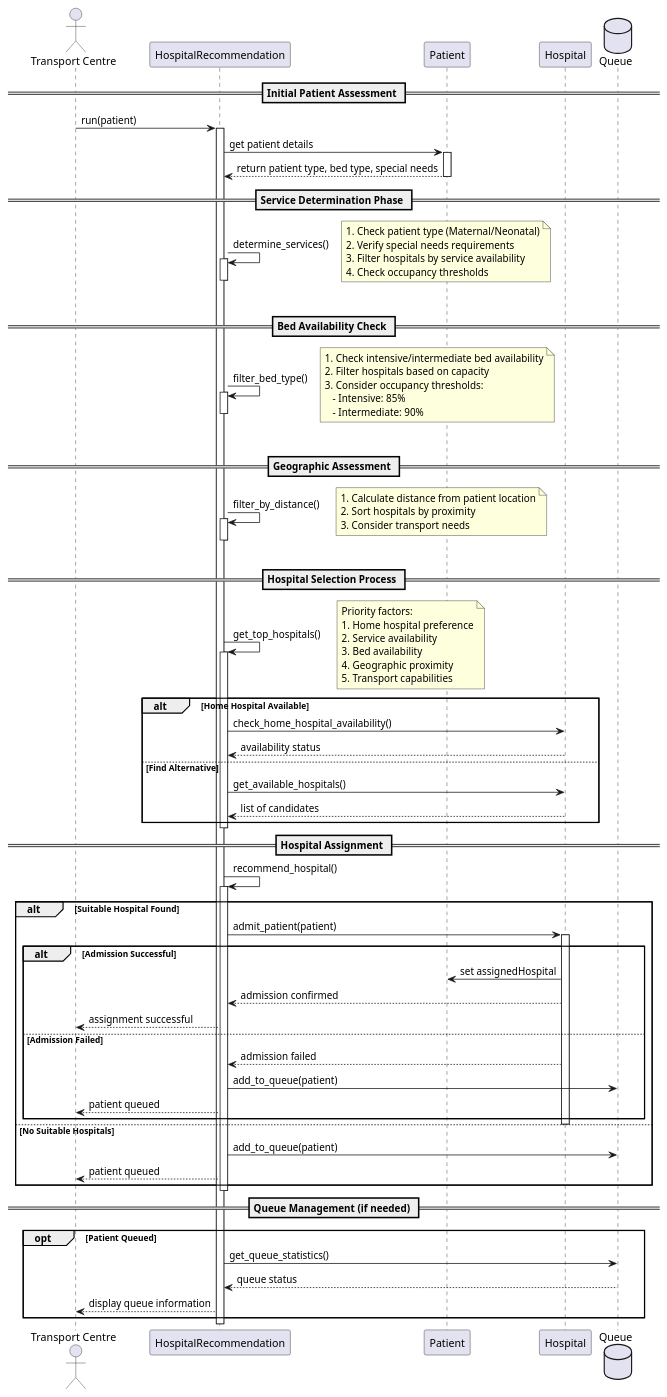
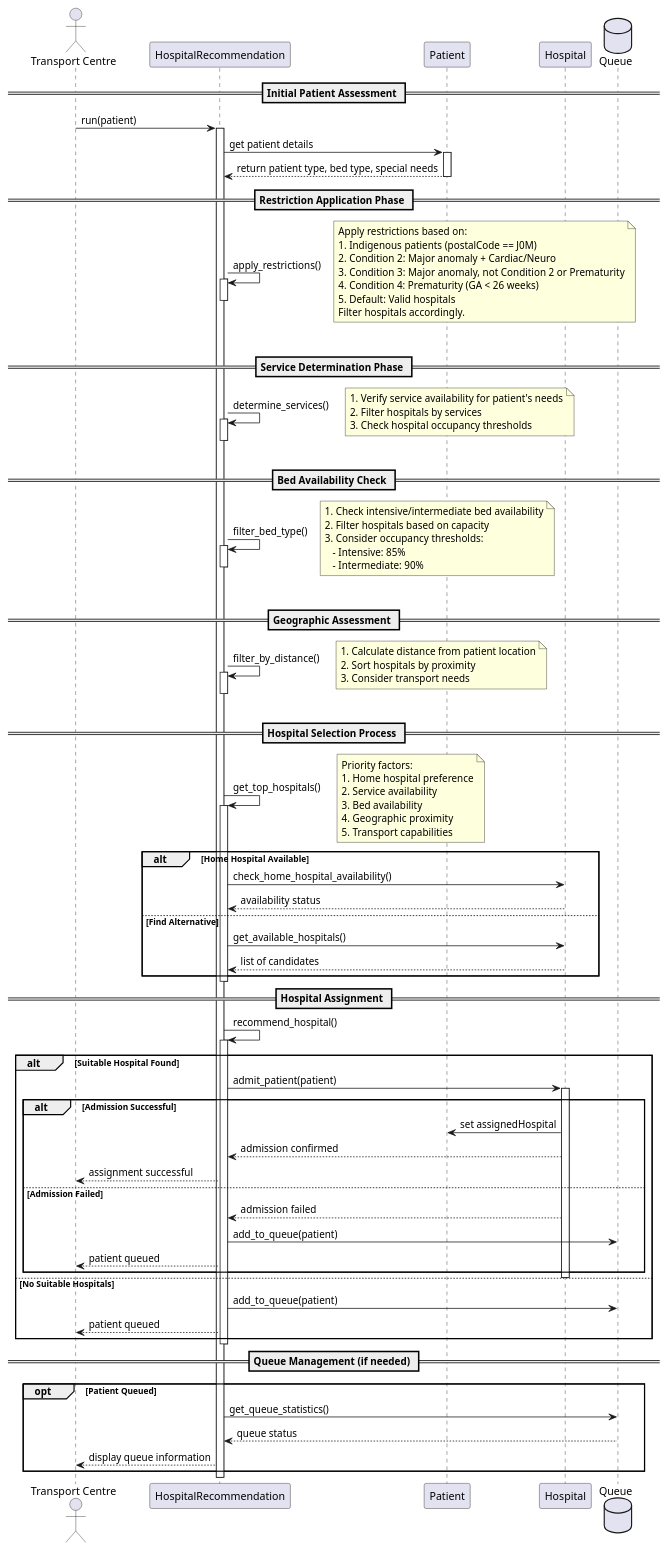
The diagram in Diagrams/Sequence Diagrams/sequence_diagram.puml (bajajku/FindMyBed), drawn with PlantUML before and after one commit. The commit also changed 2 other files, not shown here.

Commit message:
updated sequence diagram to support restriction logic

```diff
--- a/Diagrams/Sequence Diagrams/sequence_diagram.puml
+++ b/Diagrams/Sequence Diagrams/sequence_diagram.puml
@@ -1,104 +1,117 @@
 @startuml
 actor "Transport Centre" as User
 participant "HospitalRecommendation" as HR
 participant "Patient" as P
 participant "Hospital" as H
 database "Queue" as Q
 
 == Initial Patient Assessment ==
 User -> HR: run(patient)
 activate HR
 
 HR -> P: get patient details
 activate P
 P --> HR: return patient type, bed type, special needs
 deactivate P
 
+== Restriction Application Phase ==
+HR -> HR: apply_restrictions()
+activate HR
+note right
+    Apply restrictions based on:
+    1. Indigenous patients (postalCode == J0M)
+    2. Condition 2: Major anomaly + Cardiac/Neuro
+    3. Condition 3: Major anomaly, not Condition 2 or Prematurity
+    4. Condition 4: Prematurity (GA < 26 weeks)
+    5. Default: Valid hospitals
+    Filter hospitals accordingly.
+end note
+deactivate HR
+
 == Service Determination Phase ==
 HR -> HR: determine_services()
 activate HR
 note right
-    1. Check patient type (Maternal/Neonatal)
-    2. Verify special needs requirements
-    3. Filter hospitals by service availability
-    4. Check occupancy thresholds
+    1. Verify service availability for patient's needs
+    2. Filter hospitals by services
+    3. Check hospital occupancy thresholds
 end note
 deactivate HR
 
 == Bed Availability Check ==
 HR -> HR: filter_bed_type()
 activate HR
 note right
     1. Check intensive/intermediate bed availability
     2. Filter hospitals based on capacity
     3. Consider occupancy thresholds:
        - Intensive: 85%
        - Intermediate: 90%
 end note
 deactivate HR
 
 == Geographic Assessment ==
 HR -> HR: filter_by_distance()
 activate HR
 note right
     1. Calculate distance from patient location
     2. Sort hospitals by proximity
     3. Consider transport needs
 end note
 deactivate HR
 
 == Hospital Selection Process ==
 HR -> HR: get_top_hospitals()
 activate HR
 note right
     Priority factors:
     1. Home hospital preference
     2. Service availability
     3. Bed availability
     4. Geographic proximity
     5. Transport capabilities
 end note
 
 alt Home Hospital Available
     HR -> H: check_home_hospital_availability()
     H --> HR: availability status
 else Find Alternative
     HR -> H: get_available_hospitals()
     H --> HR: list of candidates
 end
 deactivate HR
 
 == Hospital Assignment ==
 HR -> HR: recommend_hospital()
 activate HR
 
 alt Suitable Hospital Found
     HR -> H: admit_patient(patient)
     activate H
     
     alt Admission Successful
         H -> P: set assignedHospital
         H --> HR: admission confirmed
         HR --> User: assignment successful
     else Admission Failed
         H --> HR: admission failed
         HR -> Q: add_to_queue(patient)
         HR --> User: patient queued
     end
     deactivate H
     
 else No Suitable Hospitals
     HR -> Q: add_to_queue(patient)
     HR --> User: patient queued
 end
 
 deactivate HR
 
 == Queue Management (if needed) ==
 opt Patient Queued
     HR -> Q: get_queue_statistics()
     Q --> HR: queue status
     HR --> User: display queue information
 end
 
 @enduml
```
